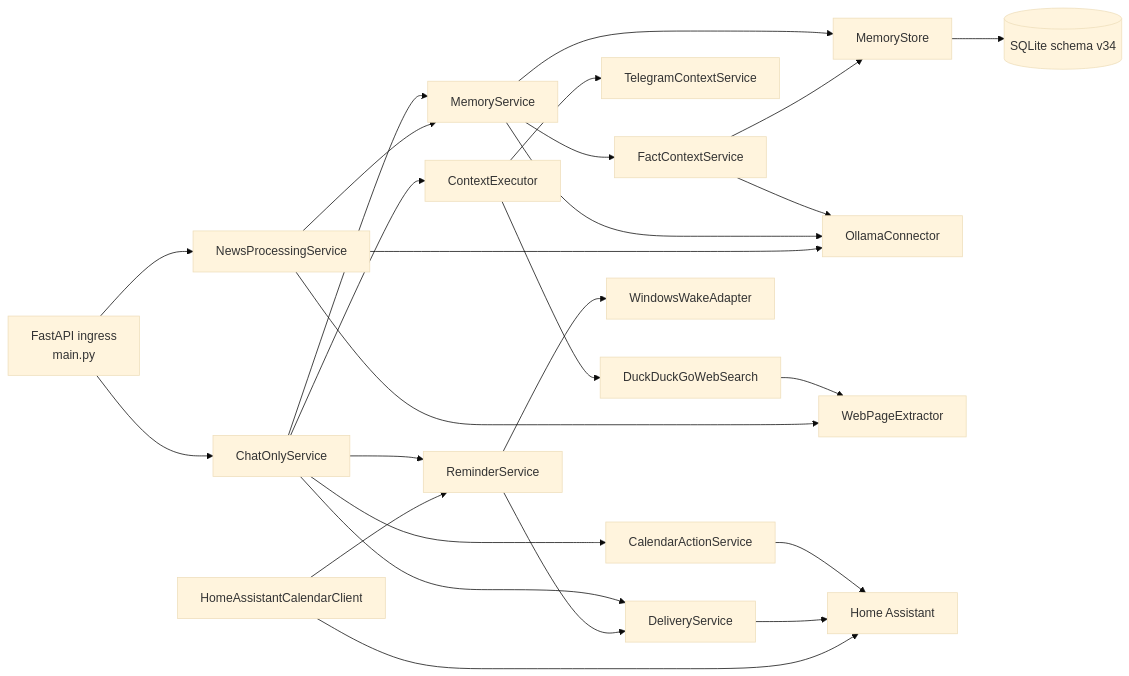
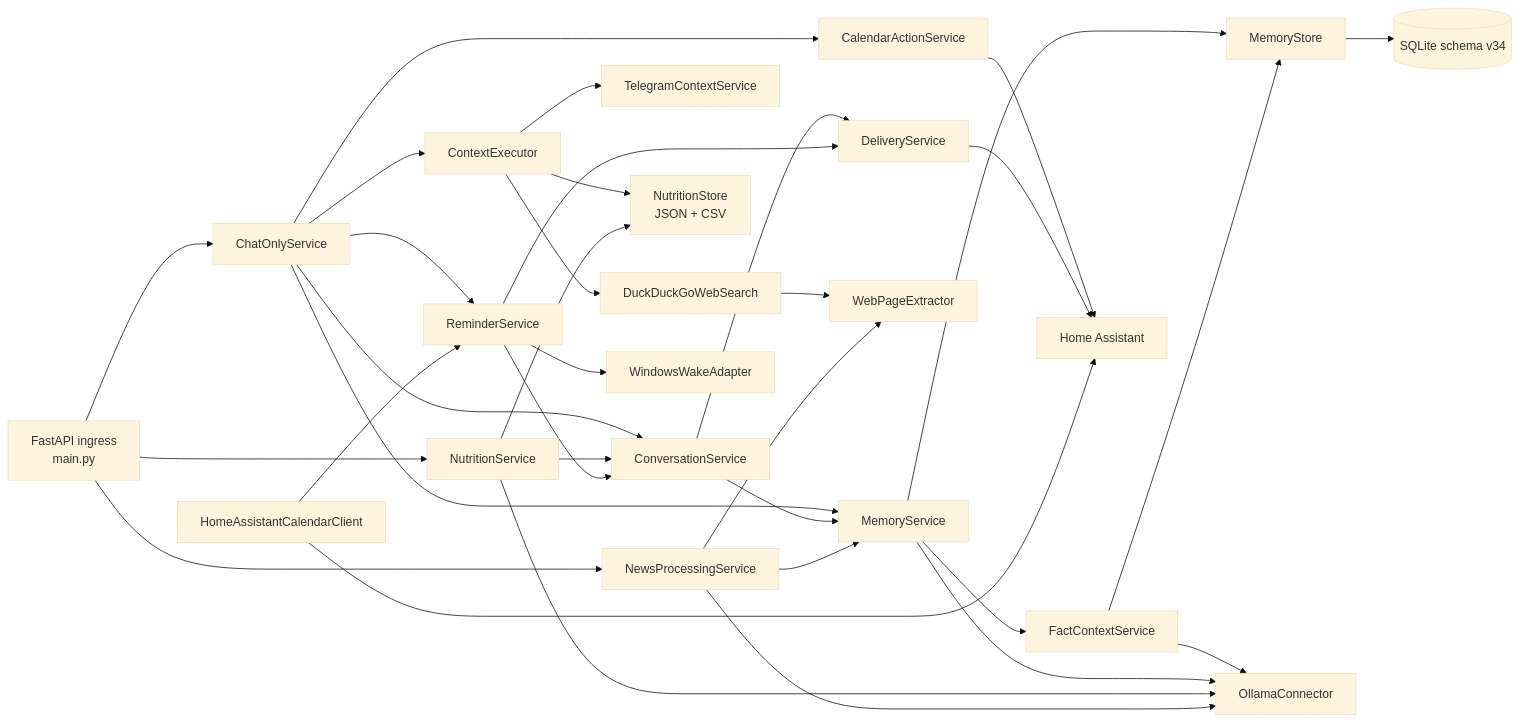
The first of 2 diagrams in docs/ARCHITECTURE.md (stanitski/Lumen), drawn with Mermaid (base theme) before and after one commit. The commit also changed other lines of this file and 68 other files, not shown here.

````diff
--- a/docs/ARCHITECTURE.md
+++ b/docs/ARCHITECTURE.md
@@ -12,28 +12,36 @@
 ```mermaid
 flowchart LR
     I["FastAPI ingress<br/>main.py"] --> C["ChatOnlyService"]
     C --> M["MemoryService"]
+    C --> CV["ConversationService"]
+    CV --> M
+    CV --> D["DeliveryService"]
     M --> S["MemoryStore"]
     M --> FC["FactContextService"]
     FC --> S
     FC --> O
     S --> DB[("SQLite schema v34")]
     M --> O["OllamaConnector"]
     C --> X["ContextExecutor"]
     X --> T["TelegramContextService"]
     X --> W["DuckDuckGoWebSearch"]
+    X --> NS
     W --> E["WebPageExtractor"]
     I --> N["NewsProcessingService"]
+    I --> NJ["NutritionService"]
+    NJ --> O
+    NJ --> NS["NutritionStore<br/>JSON + CSV"]
+    NJ --> CV
     N --> E
     N --> M
     N --> O
     C --> R["ReminderService"]
     C --> A["CalendarActionService"]
-    C --> D["DeliveryService"]
     A --> HA["Home Assistant"]
     D --> HA
     HC["HomeAssistantCalendarClient"] --> HA
     HC --> R
     R --> D
+    R --> CV
     R --> WT["WindowsWakeAdapter"]
 ```
````
